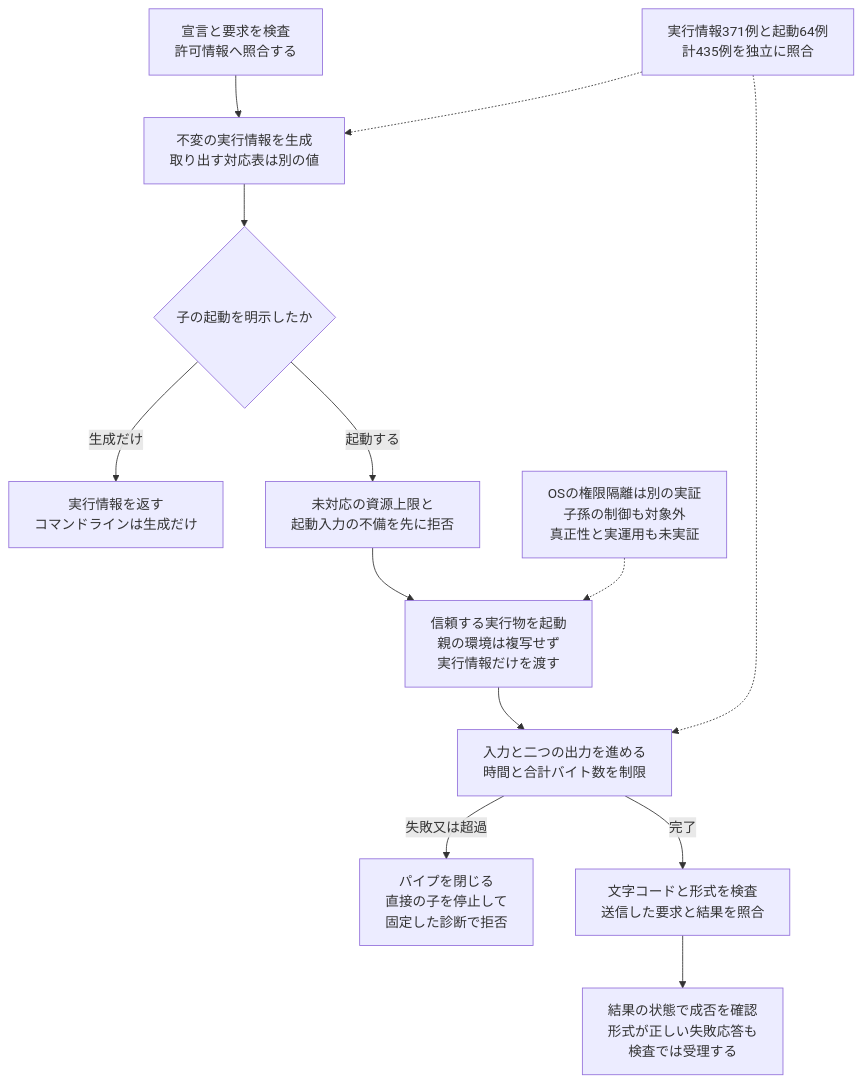
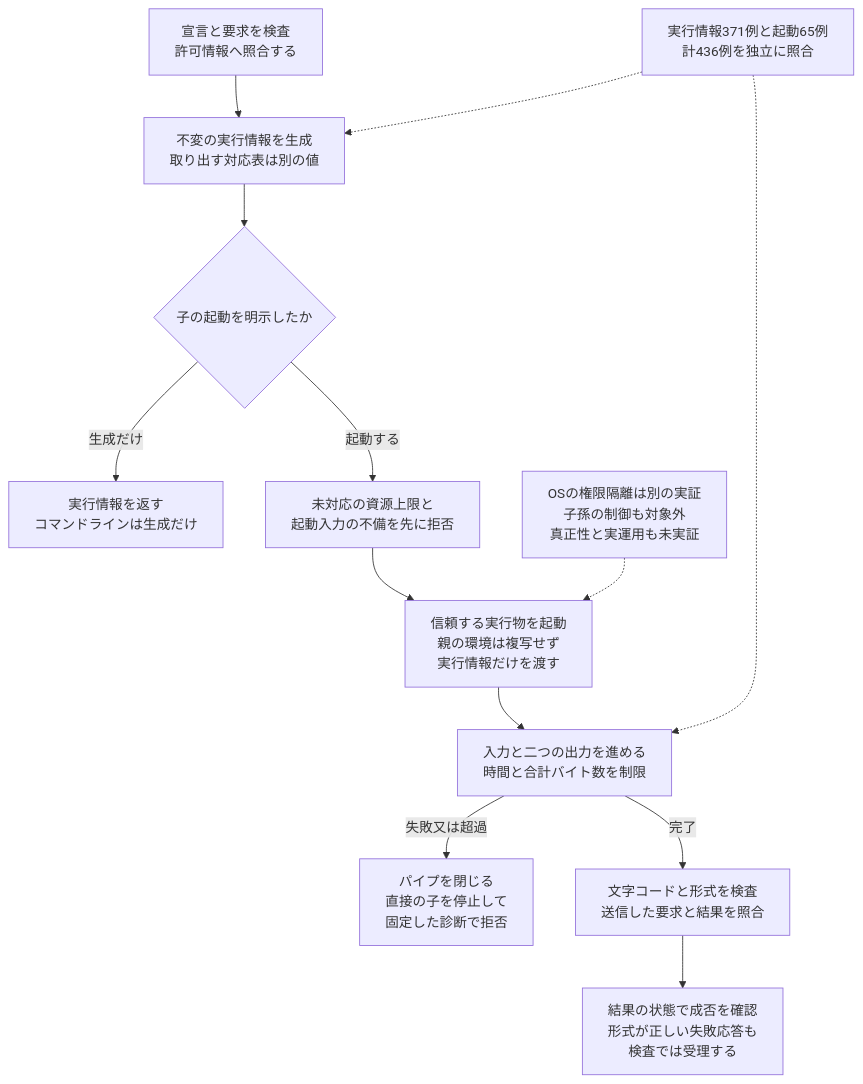
One commit to koukemo/morivyx changed the diagram in docs/diagrams/python-plugin-runtime.mmd. Above: the diagram before and after it, drawn with Mermaid. The commit also changed 6 other files, not shown here.

```diff
--- a/docs/diagrams/python-plugin-runtime.mmd
+++ b/docs/diagrams/python-plugin-runtime.mmd
@@ -1,13 +1,13 @@
 flowchart TD
   A["宣言と要求を検査<br/>許可情報へ照合する"] --> B["不変の実行情報を生成<br/>取り出す対応表は別の値"]
   B --> C{"子の起動を明示したか"}
   C -->|生成だけ| D["実行情報を返す<br/>コマンドラインは生成だけ"]
   C -->|起動する| E["未対応の資源上限と<br/>起動入力の不備を先に拒否"]
   E --> F["信頼する実行物を起動<br/>親の環境は複写せず<br/>実行情報だけを渡す"]
   F --> G["入力と二つの出力を進める<br/>時間と合計バイト数を制限"]
   G -->|失敗又は超過| H["パイプを閉じる<br/>直接の子を停止して<br/>固定した診断で拒否"]
   G -->|完了| I["文字コードと形式を検査<br/>送信した要求と結果を照合"]
   I --> J["結果の状態で成否を確認<br/>形式が正しい失敗応答も<br/>検査では受理する"]
-  K["実行情報371例と起動64例<br/>計435例を独立に照合"] -.-> B
+  K["実行情報371例と起動65例<br/>計436例を独立に照合"] -.-> B
   K -.-> G
   L["OSの権限隔離は別の実証<br/>子孫の制御も対象外<br/>真正性と実運用も未実証"] -.-> F
```
